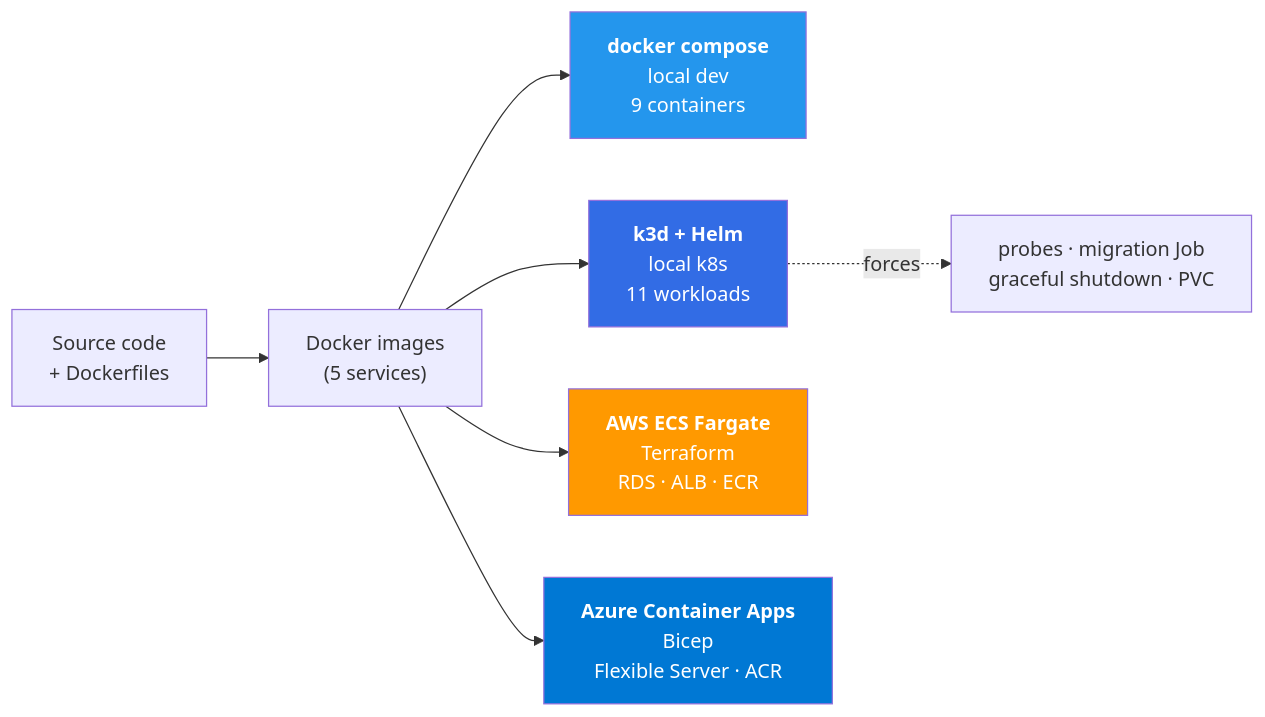
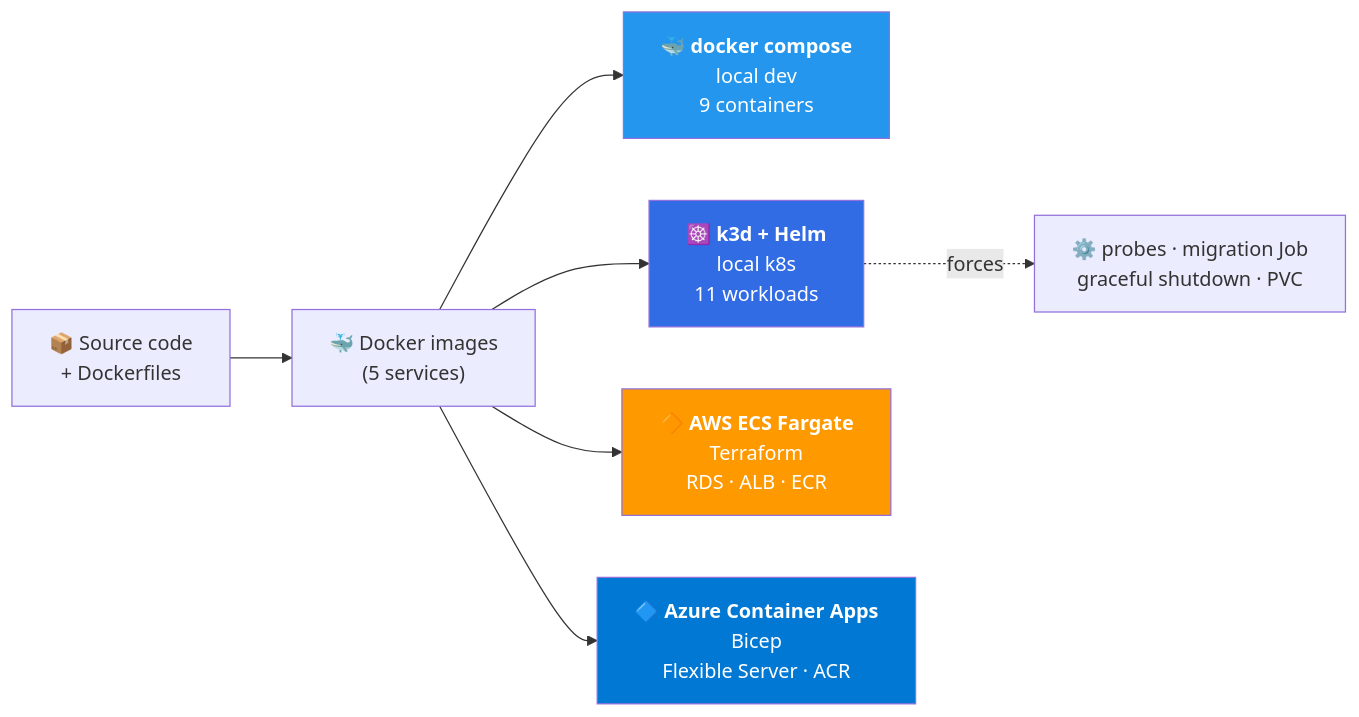
Before and after one commit to TropinAlexey/seamline: the second of 2 diagrams in README.md, drawn with Mermaid. The commit also changed other lines of this file, not shown here.

First line of the commit message:
Add quick demo section and deploy diagram emoji to README

````diff
--- a/README.md
+++ b/README.md
@@ -333,16 +393,16 @@
 ```mermaid
 graph LR
-    SRC["Source code\n+ Dockerfiles"] --> IMG["Docker images\n(5 services)"]
+    SRC["📦 Source code\n+ Dockerfiles"] --> IMG["🐳 Docker images\n(5 services)"]
 
-    IMG --> DC["<b>docker compose</b>\nlocal dev\n9 containers"]
-    IMG --> K3D["<b>k3d + Helm</b>\nlocal k8s\n11 workloads"]
-    IMG --> AWS["<b>AWS ECS Fargate</b>\nTerraform\nRDS · ALB · ECR"]
-    IMG --> AZ["<b>Azure Container Apps</b>\nBicep\nFlexible Server · ACR"]
+    IMG --> DC["🐳 <b>docker compose</b>\nlocal dev\n9 containers"]
+    IMG --> K3D["☸️ <b>k3d + Helm</b>\nlocal k8s\n11 workloads"]
+    IMG --> AWS["🔶 <b>AWS ECS Fargate</b>\nTerraform\nRDS · ALB · ECR"]
+    IMG --> AZ["🔷 <b>Azure Container Apps</b>\nBicep\nFlexible Server · ACR"]
 
-    K3D -. "forces" .-> Q["probes · migration Job\ngraceful shutdown · PVC"]
+    K3D -. "forces" .-> Q["⚙️ probes · migration Job\ngraceful shutdown · PVC"]
 
     style DC fill:#2496ED,color:#fff
     style K3D fill:#326CE5,color:#fff
     style AWS fill:#FF9900,color:#fff
     style AZ fill:#0078D4,color:#fff
 ```
````
